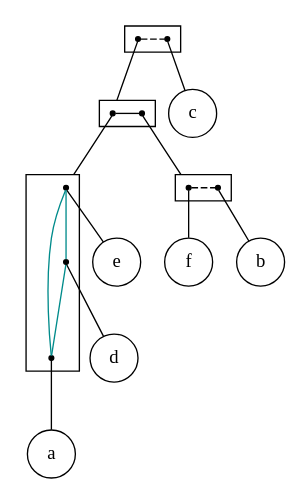
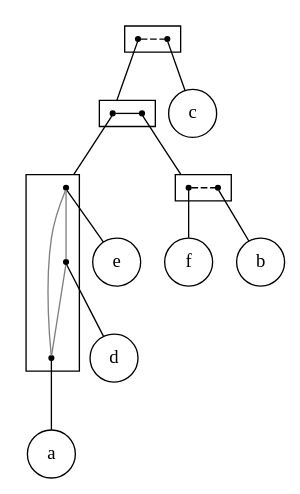
Before and after one commit to lrodrin/TFG: the diagram in src/extension/linear_2-structure.dot, drawn with Graphviz. The commit also changed 2 other files, not shown here.

```diff
--- a/src/extension/linear_2-structure.dot
+++ b/src/extension/linear_2-structure.dot
@@ -1,47 +1,47 @@
 strict digraph "linear_2-structure" {
 compound=true;
 fontname=Verdana;
 fontsize=12;
 newrank=true;
 node [shape=circle];
 c;
 e;
 d;
 a;
 f;
 b;
-subgraph cluster_acebdf {
+subgraph cluster_bfedca {
 rank=same;
 node [shape=point];
-s_aebdf -> s_c  [color=black, style=dashed, arrowhead=none];
+s_fedba -> s_c  [color=black, style=dashed, arrowhead=none];
 }
 
-subgraph cluster_aebdf {
+subgraph cluster_fedba {
 rank=same;
 node [shape=point];
-s_eda -> s_bf  [color=black, style=solid, arrowhead=none];
+s_dae -> s_fb  [color=black, style=solid, arrowhead=none];
 }
 
-subgraph cluster_eda {
+subgraph cluster_dae {
 node [shape=point];
-s_e -> s_d  [color=cyan4, style=solid, arrowhead=none];
-s_e -> s_a  [color=cyan4, style=solid, arrowhead=none];
-s_d -> s_a  [color=cyan4, style=solid, arrowhead=none];
+s_e -> s_d  [color=grey, style=solid, arrowhead=none];
+s_e -> s_a  [color=grey, style=solid, arrowhead=none];
+s_d -> s_a  [color=grey, style=solid, arrowhead=none];
 }
 
-subgraph cluster_bf {
+subgraph cluster_fb {
 rank=same;
 node [shape=point];
 s_f -> s_b  [color=black, style=dashed, arrowhead=none];
 }
 
-s_aebdf -> s_eda  [lhead=cluster_aebdf, arrowhead=none];
+s_fedba -> s_dae  [lhead=cluster_fedba, arrowhead=none];
 s_c -> c  [arrowhead=none];
-s_eda -> s_e  [lhead=cluster_eda, arrowhead=none];
-s_bf -> s_f  [lhead=cluster_bf, arrowhead=none];
+s_dae -> s_e  [lhead=cluster_dae, arrowhead=none];
+s_fb -> s_f  [lhead=cluster_fb, arrowhead=none];
 s_e -> e  [arrowhead=none];
 s_d -> d  [arrowhead=none];
 s_a -> a  [arrowhead=none];
 s_f -> f  [arrowhead=none];
 s_b -> b  [arrowhead=none];
 }
```
